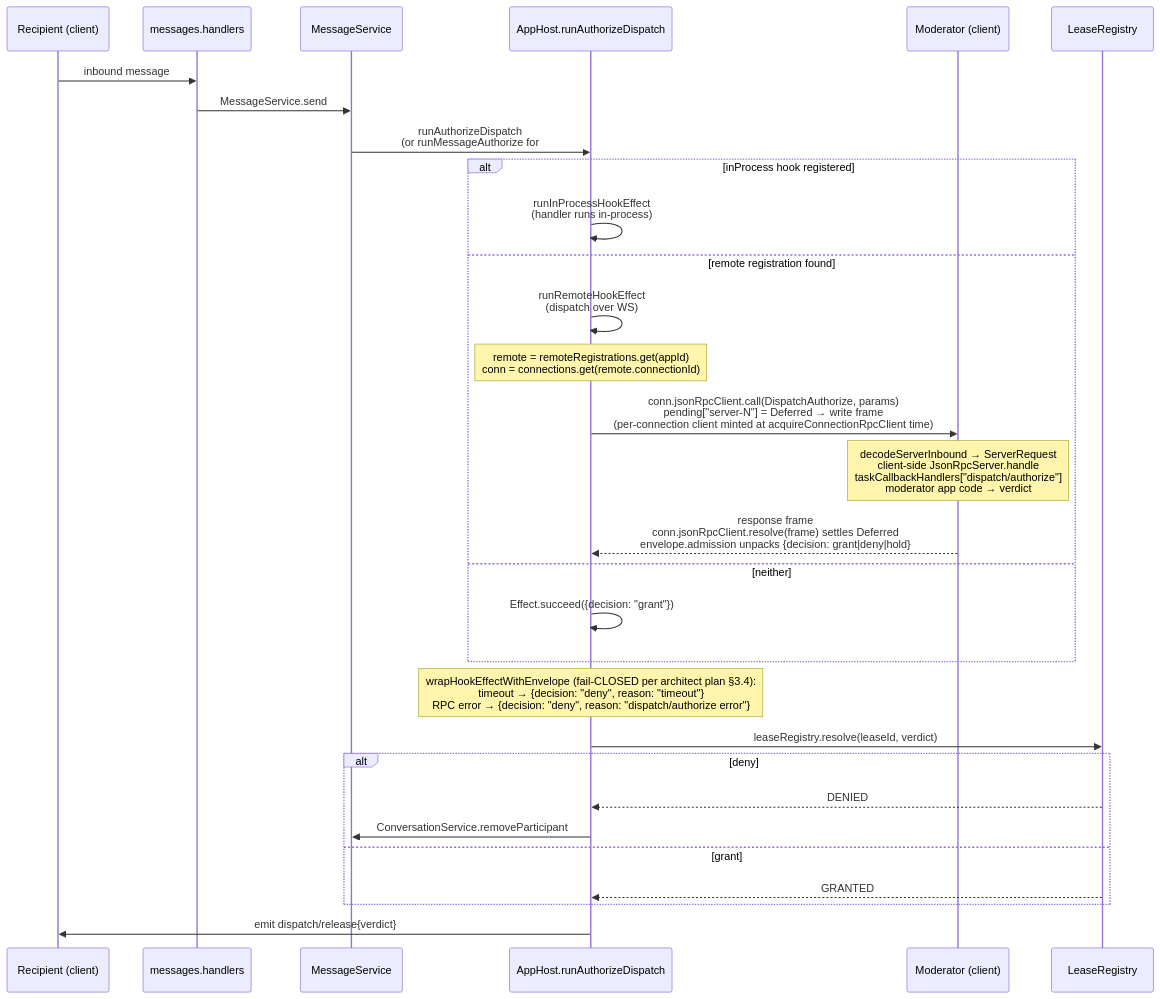
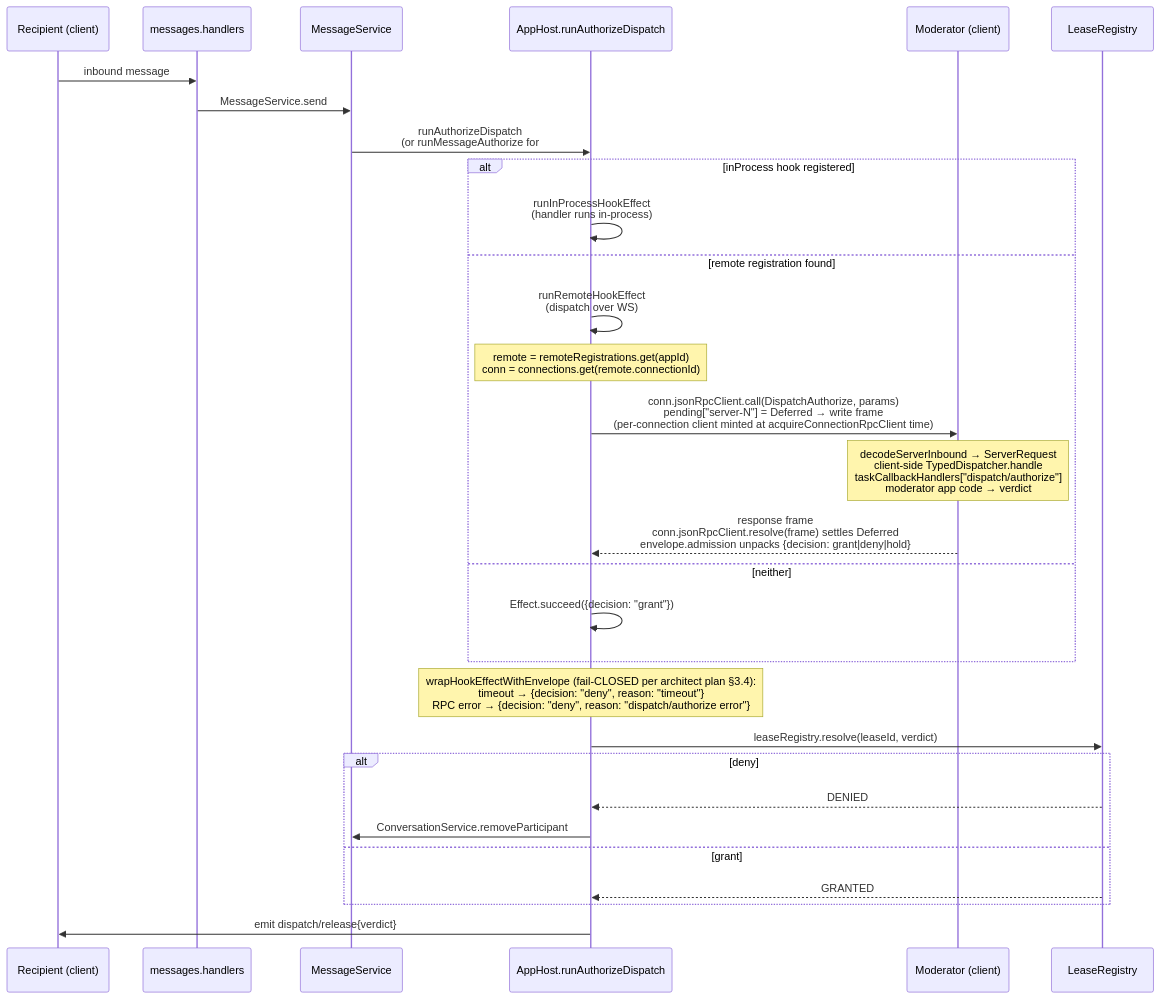
The diagram in packages/server/docs/architecture/04-server-initiated-callback.md (chughtapan/moltzap), drawn with Mermaid before and after one commit. The commit also changed other lines of this file and 24 other files, not shown here.

````diff
--- a/packages/server/docs/architecture/04-server-initiated-callback.md
+++ b/packages/server/docs/architecture/04-server-initiated-callback.md
@@ -10,36 +10,36 @@
 ```mermaid
 sequenceDiagram
     participant Recv as Recipient (client)
     participant MH as messages.handlers
     participant MS as MessageService
     participant AH as AppHost.runAuthorizeDispatch
     participant Mod as Moderator (client)
     participant LR as LeaseRegistry
 
     Recv->>MH: inbound message
     MH->>MS: MessageService.send
     MS->>AH: runAuthorizeDispatch<br>(or runMessageAuthorize for #560 path)
 
     alt inProcess hook registered
         AH->>AH: runInProcessHookEffect<br>(handler runs in-process)
     else remote registration found
         AH->>AH: runRemoteHookEffect<br>(dispatch over WS)
         Note over AH: remote = remoteRegistrations.get(appId)<br>conn = connections.get(remote.connectionId)
         AH->>Mod: conn.jsonRpcClient.call(DispatchAuthorize, params)<br>pending["server-N"] = Deferred → write frame<br>(per-connection client minted at acquireConnectionRpcClient time)
-        Note over Mod: decodeServerInbound → ServerRequest<br>client-side JsonRpcServer.handle<br>taskCallbackHandlers["dispatch/authorize"]<br>moderator app code → verdict
+        Note over Mod: decodeServerInbound → ServerRequest<br>client-side TypedDispatcher.handle<br>taskCallbackHandlers["dispatch/authorize"]<br>moderator app code → verdict
         Mod-->>AH: response frame<br>conn.jsonRpcClient.resolve(frame) settles Deferred<br>envelope.admission unpacks {decision: grant|deny|hold}
     else neither
         AH->>AH: Effect.succeed({decision: "grant"})
     end
 
     Note over AH: wrapHookEffectWithEnvelope (fail-CLOSED per architect plan §3.4):<br>timeout → {decision: "deny", reason: "timeout"}<br>RPC error → {decision: "deny", reason: "dispatch/authorize error"}
 
     AH->>LR: leaseRegistry.resolve(leaseId, verdict)
     alt deny
         LR-->>AH: DENIED
         AH->>MS: ConversationService.removeParticipant
     else grant
         LR-->>AH: GRANTED
     end
     AH->>Recv: emit dispatch/release{verdict}
 ```
````
